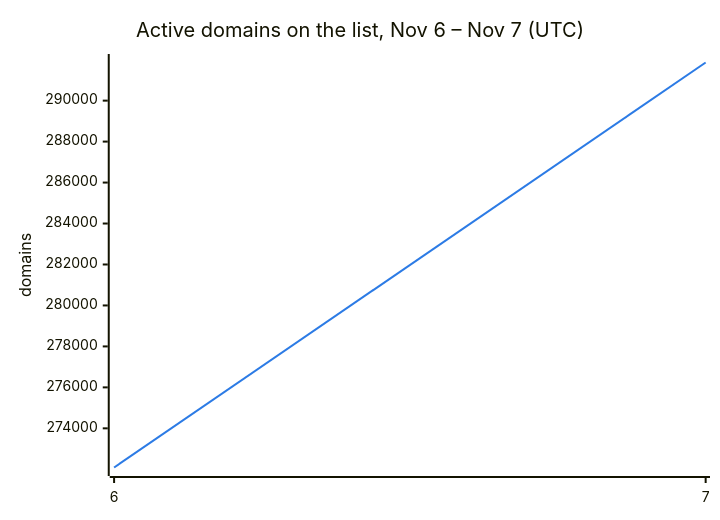
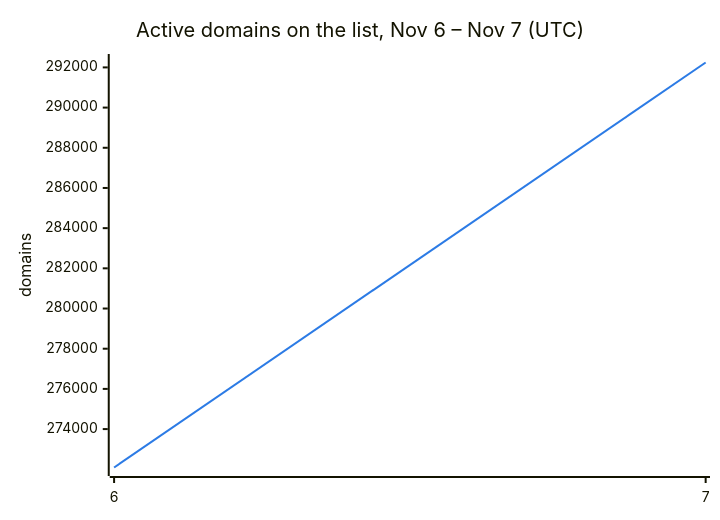
The second of 3 diagrams in README.md (DNSBunker/CTI), drawn with Mermaid before and after one commit. The commit also changed other lines of this file and 3 other files, not shown here.

````diff
--- a/README.md
+++ b/README.md
@@ -38,8 +38,8 @@
 ```mermaid
 %%{init: {"themeVariables": {"xyChart": {"plotColorPalette": "#2c7be5"}}}}%%
 xychart-beta
     title "Active domains on the list, Nov 6 – Nov 7 (UTC)"
     x-axis ["6", "7"]
     y-axis "domains"
-    line [272088, 291862]
+    line [272088, 292244]
 ```
````
